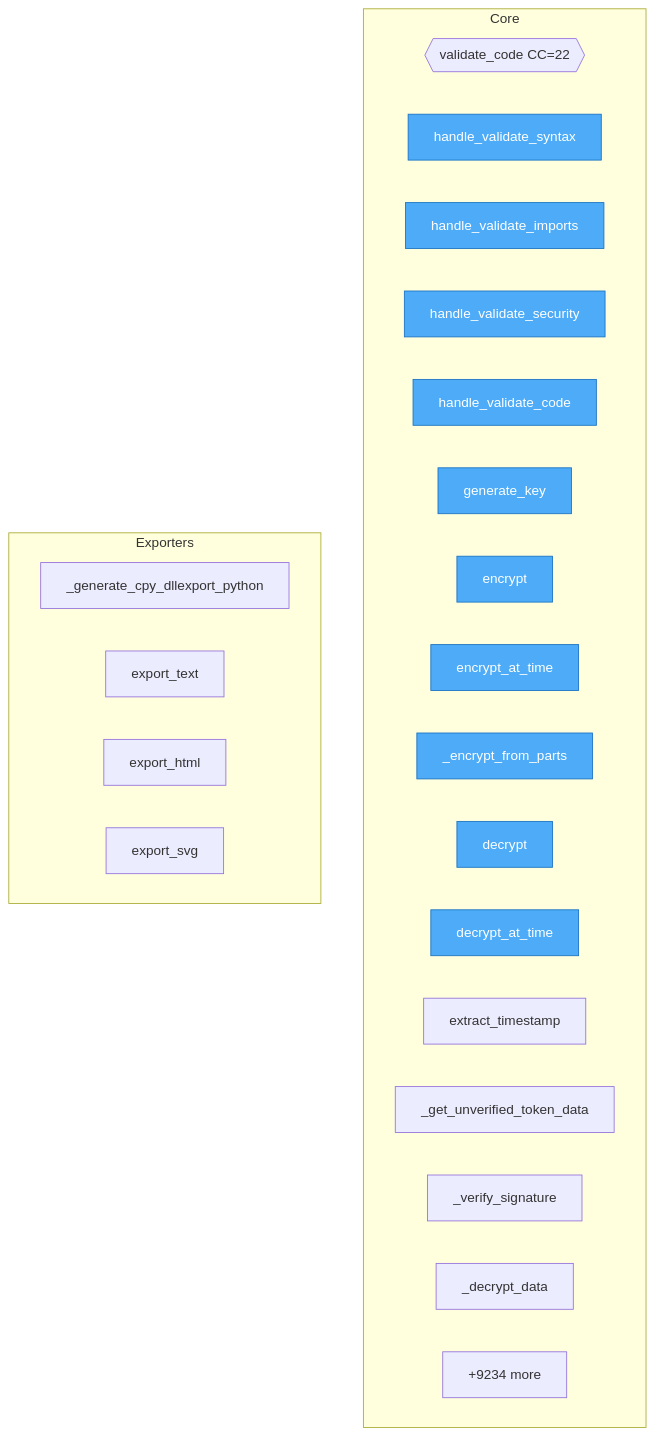
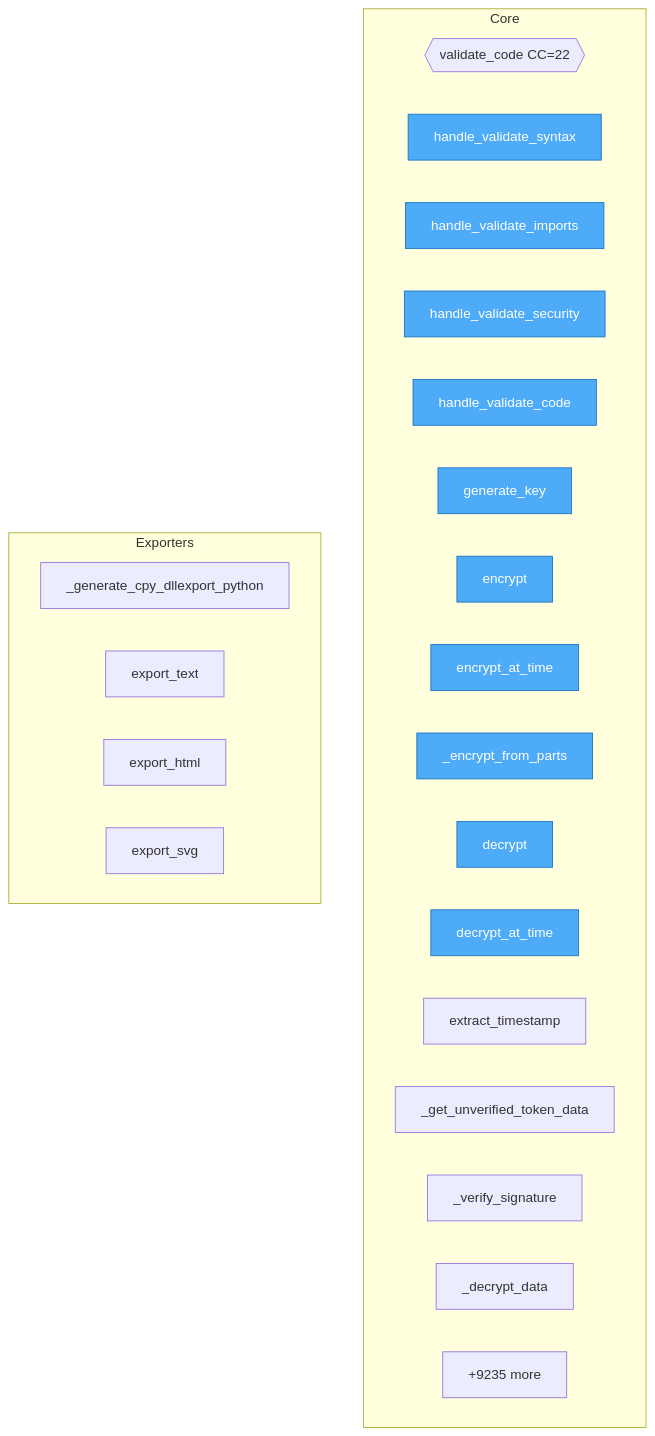
One commit to semcod/vallm changed the diagram in project/flow.mmd. Above: the diagram before and after it, drawn with Mermaid. The commit also changed 18 other files, not shown here.

```diff
--- a/project/flow.mmd
+++ b/project/flow.mmd
@@ -1,35 +1,35 @@
 flowchart TD
 
     %% Entry points (blue)
     classDef entry fill:#4dabf7,stroke:#1971c2,color:#fff
 
     subgraph Core
         mcp__server___tools_vallm__validate_code{{validate_code CC=22}}
         mcp__server___tools_vallm__handle_validate_syntax["handle_validate_syntax"]
         mcp__server___tools_vallm__handle_validate_imports["handle_validate_imports"]
         mcp__server___tools_vallm__handle_validate_security["handle_validate_security"]
         mcp__server___tools_vallm__handle_validate_code["handle_validate_code"]
         publish-env__Fernet__generate_key["generate_key"]
         publish-env__Fernet__encrypt["encrypt"]
         publish-env__Fernet__encrypt_at_time["encrypt_at_time"]
         publish-env__Fernet___encrypt_from_parts["_encrypt_from_parts"]
         publish-env__Fernet__decrypt["decrypt"]
         publish-env__Fernet__decrypt_at_time["decrypt_at_time"]
         publish-env__Fernet__extract_timestamp["extract_timestamp"]
         publish-env__Fernet___get_unverified_token_data["_get_unverified_token_data"]
         publish-env__Fernet___verify_signature["_verify_signature"]
         publish-env__Fernet___decrypt_data["_decrypt_data"]
-        ...["+9234 more"]
+        ...["+9235 more"]
     end
 
     subgraph Exporters
         publish-env__Recompiler___generate_cpy_dllexport_python_decl["_generate_cpy_dllexport_python"]
         publish-env__Console__export_text["export_text"]
         publish-env__Console__export_html["export_html"]
         publish-env__Console__export_svg["export_svg"]
         publish-env__Console__export_text["export_text"]
         publish-env__Console__export_html["export_html"]
         publish-env__Console__export_svg["export_svg"]
     end
 
     class mcp__server___tools_vallm__handle_validate_syntax,mcp__server___tools_vallm__handle_validate_imports,mcp__server___tools_vallm__handle_validate_security,mcp__server___tools_vallm__handle_validate_code,publish-env__Fernet__generate_key,publish-env__Fernet__encrypt,publish-env__Fernet__encrypt_at_time,publish-env__Fernet___encrypt_from_parts,publish-env__Fernet__decrypt,publish-env__Fernet__decrypt_at_time entry
```
